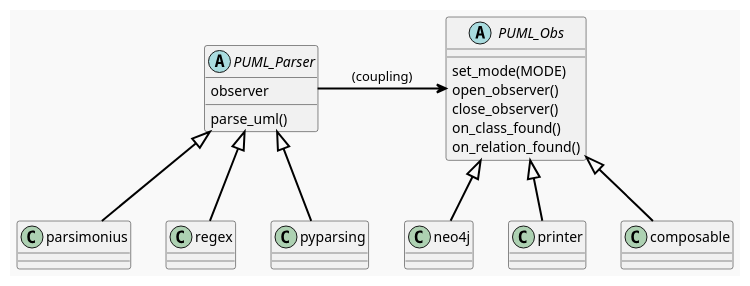
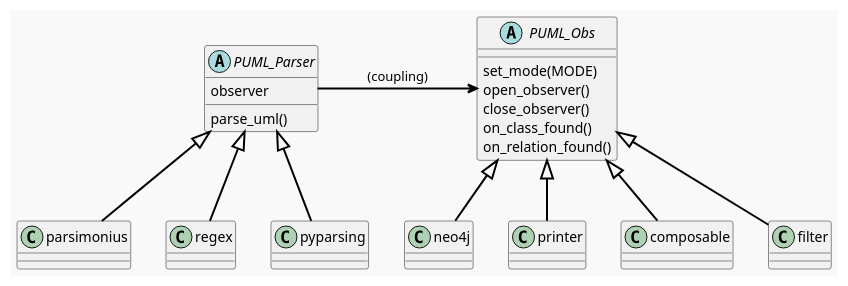
Before and after one commit to GonzaloGarciaZurlo/CodeDesignDeltaEvaluator: the diagram in Design/parser-observer.plantuml, drawn with PlantUML. The commit also changed 7 other files, not shown here.

Commit message:
UML diagrams correction

```diff
--- a/Design/parser-observer.plantuml
+++ b/Design/parser-observer.plantuml
@@ -1,38 +1,40 @@
 @startuml parser-observer
 skinparam packageStyle rectangle
 skinparam shadowing false
 skinparam backgroundColor #F9F9F9
 skinparam packageBackgroundColor #DDDDDD
 skinparam packageBorderColor #000000
 skinparam arrowColor #000000
 skinparam arrowThickness 2
 
 abstract class PUML_Parser {
     observer
     parse_uml()
 }
 abstract class PUML_Obs {
     set_mode(MODE)
     open_observer()
     close_observer()
     on_class_found()
     on_relation_found()
 }
 class parsimonius
 class regex
 class pyparsing
 class neo4j
 class printer
 class composable
+class filter
 
 PUML_Parser <|-- parsimonius
 PUML_Parser <|-- regex
 PUML_Parser <|-- pyparsing
 
 
 PUML_Obs <|-- neo4j
 PUML_Obs <|-- printer
 PUML_Obs <|-- composable
+PUML_Obs <|-- filter
 
 PUML_Parser -> PUML_Obs : (coupling)
 @enduml
```
